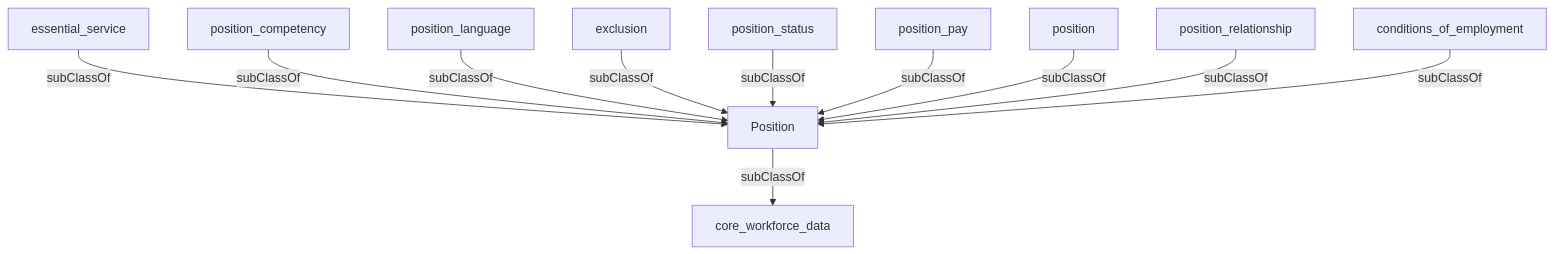
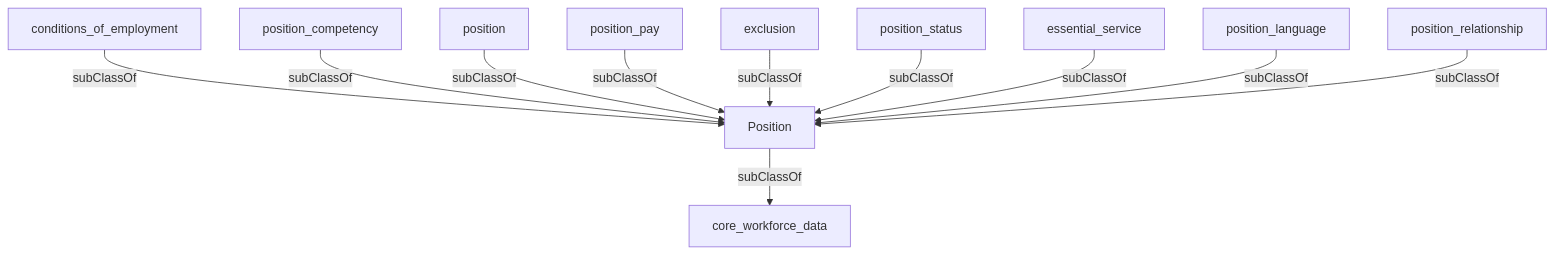
One commit to heidingaway/heidi2 changed the diagram in content/hr_data_model/area_position.md. Above: the diagram before and after it, drawn with Mermaid. The commit also changed other lines of this file and 350 other files, not shown here.

````diff
--- a/content/hr_data_model/area_position.md
+++ b/content/hr_data_model/area_position.md
@@ -35,24 +36,24 @@
 ```mermaid
 graph TD
   Position["Position"]:::current-page-node
   core_workforce_data["core_workforce_data"]
   exclusion["exclusion"]
   position_status["position_status"]
   conditions_of_employment["conditions_of_employment"]
   essential_service["essential_service"]
   position_relationship["position_relationship"]
   position_language["position_language"]
   position_competency["position_competency"]
   position_pay["position_pay"]
   position["position"]
-  essential_service-->|" subClassOf "|Position
+  conditions_of_employment-->|" subClassOf "|Position
   position_competency-->|" subClassOf "|Position
-  position_language-->|" subClassOf "|Position
+  position-->|" subClassOf "|Position
+  position_pay-->|" subClassOf "|Position
   exclusion-->|" subClassOf "|Position
   position_status-->|" subClassOf "|Position
   Position-->|" subClassOf "|core_workforce_data
-  position_pay-->|" subClassOf "|Position
-  position-->|" subClassOf "|Position
+  essential_service-->|" subClassOf "|Position
+  position_language-->|" subClassOf "|Position
   position_relationship-->|" subClassOf "|Position
-  conditions_of_employment-->|" subClassOf "|Position
 ```
````
